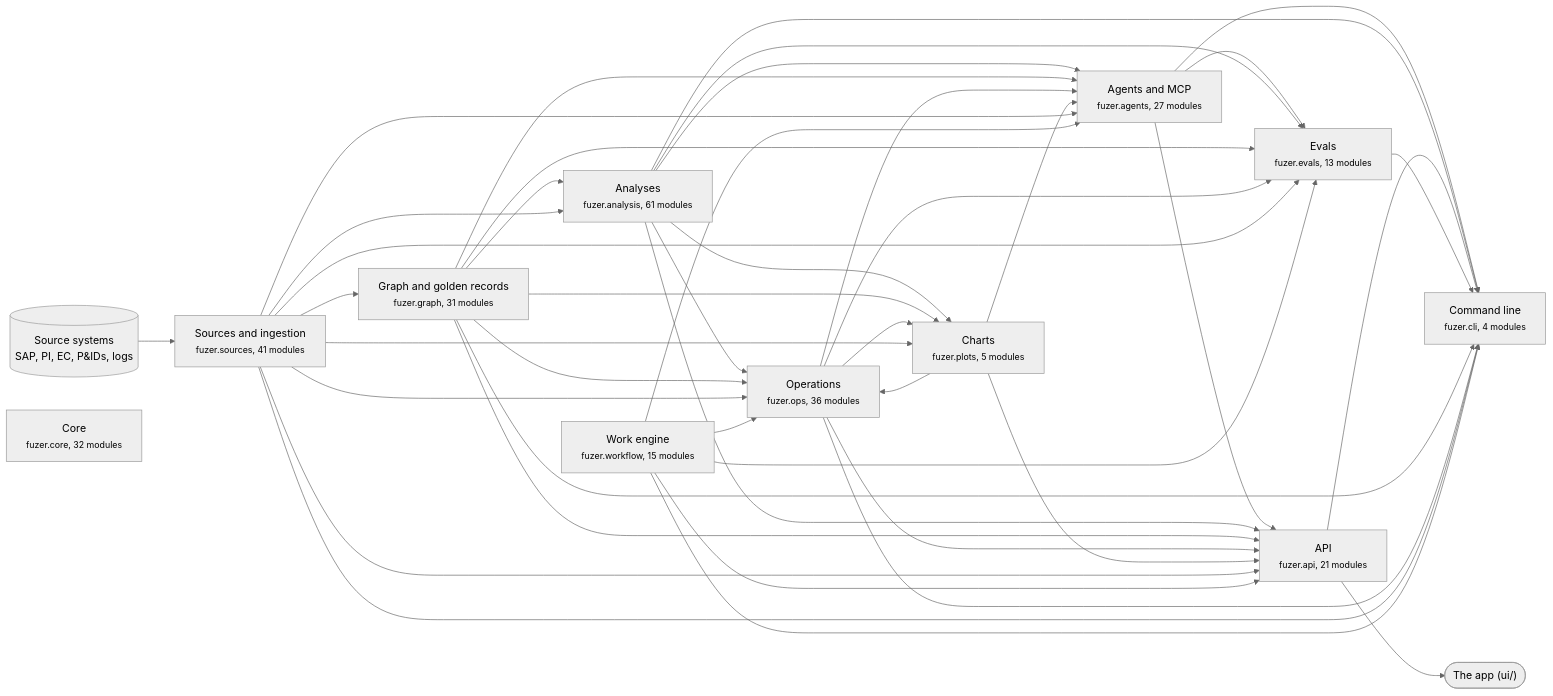
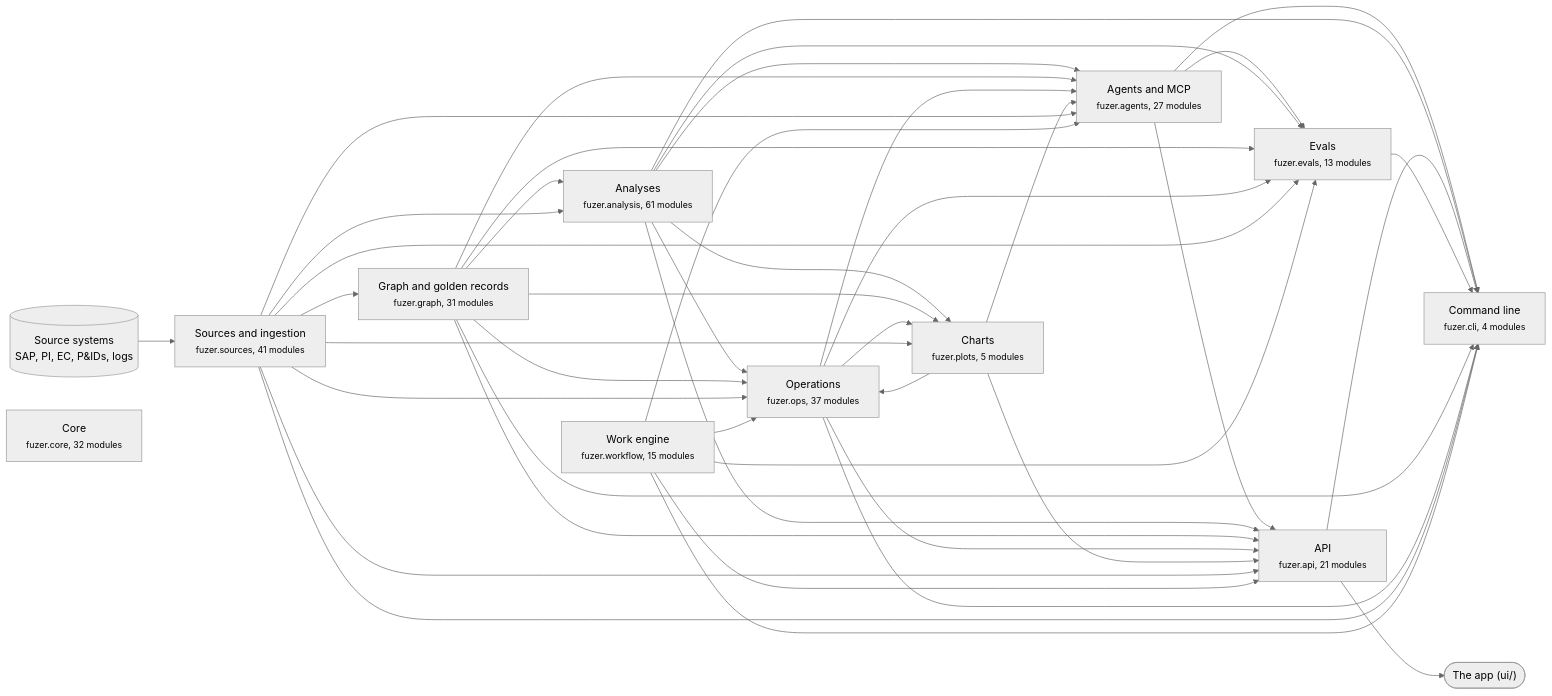
Before and after one commit to areed145/fuzer: the first of 3 diagrams in docs/architecture.md, drawn with Mermaid (neutral theme). The commit also changed other lines of this file and 8 other files, not shown here.

````diff
--- a/docs/architecture.md
+++ b/docs/architecture.md
@@ -8,67 +8,67 @@
 ```mermaid
 flowchart LR
   systems[("Source systems<br>SAP, PI, EC, P&IDs, logs")] --> c_sources
   app(["The app (ui/)"])
   c_api --> app
   c_sources["Sources and ingestion<br><small>fuzer.sources, 41 modules</small>"]
   c_graph["Graph and golden records<br><small>fuzer.graph, 31 modules</small>"]
   c_analysis["Analyses<br><small>fuzer.analysis, 61 modules</small>"]
-  c_ops["Operations<br><small>fuzer.ops, 36 modules</small>"]
+  c_ops["Operations<br><small>fuzer.ops, 37 modules</small>"]
   c_plots["Charts<br><small>fuzer.plots, 5 modules</small>"]
   c_workflow["Work engine<br><small>fuzer.workflow, 15 modules</small>"]
   c_agents["Agents and MCP<br><small>fuzer.agents, 27 modules</small>"]
   c_evals["Evals<br><small>fuzer.evals, 13 modules</small>"]
   c_api["API<br><small>fuzer.api, 21 modules</small>"]
   c_cli["Command line<br><small>fuzer.cli, 4 modules</small>"]
   c_core["Core<br><small>fuzer.core, 32 modules</small>"]
   c_sources --> c_graph
   c_graph --> c_analysis
   c_sources --> c_analysis
   c_analysis --> c_ops
   c_graph --> c_ops
   c_plots --> c_ops
   c_sources --> c_ops
   c_workflow --> c_ops
   c_analysis --> c_plots
   c_graph --> c_plots
   c_ops --> c_plots
   c_sources --> c_plots
   c_analysis --> c_agents
   c_graph --> c_agents
   c_ops --> c_agents
   c_plots --> c_agents
   c_sources --> c_agents
   c_workflow --> c_agents
   c_agents --> c_evals
   c_analysis --> c_evals
   c_graph --> c_evals
   c_ops --> c_evals
   c_sources --> c_evals
   c_workflow --> c_evals
   c_agents --> c_api
   c_analysis --> c_api
   c_graph --> c_api
   c_ops --> c_api
   c_plots --> c_api
   c_sources --> c_api
   c_workflow --> c_api
   c_agents --> c_cli
   c_analysis --> c_cli
   c_api --> c_cli
   c_evals --> c_cli
   c_graph --> c_cli
   c_ops --> c_cli
   c_sources --> c_cli
   c_workflow --> c_cli
   click c_sources "https://github.com/areed145/fuzer/tree/main/src/fuzer/sources"
   click c_graph "https://github.com/areed145/fuzer/tree/main/src/fuzer/graph"
   click c_analysis "https://github.com/areed145/fuzer/tree/main/src/fuzer/analysis"
   click c_ops "https://github.com/areed145/fuzer/tree/main/src/fuzer/ops"
   click c_plots "https://github.com/areed145/fuzer/tree/main/src/fuzer/plots"
   click c_workflow "https://github.com/areed145/fuzer/tree/main/src/fuzer/workflow"
   click c_agents "https://github.com/areed145/fuzer/tree/main/src/fuzer/agents"
   click c_evals "https://github.com/areed145/fuzer/tree/main/src/fuzer/evals"
   click c_api "https://github.com/areed145/fuzer/tree/main/src/fuzer/api"
   click c_cli "https://github.com/areed145/fuzer/tree/main/src/fuzer/cli"
   click c_core "https://github.com/areed145/fuzer/tree/main/src/fuzer/core"
 ```
````
